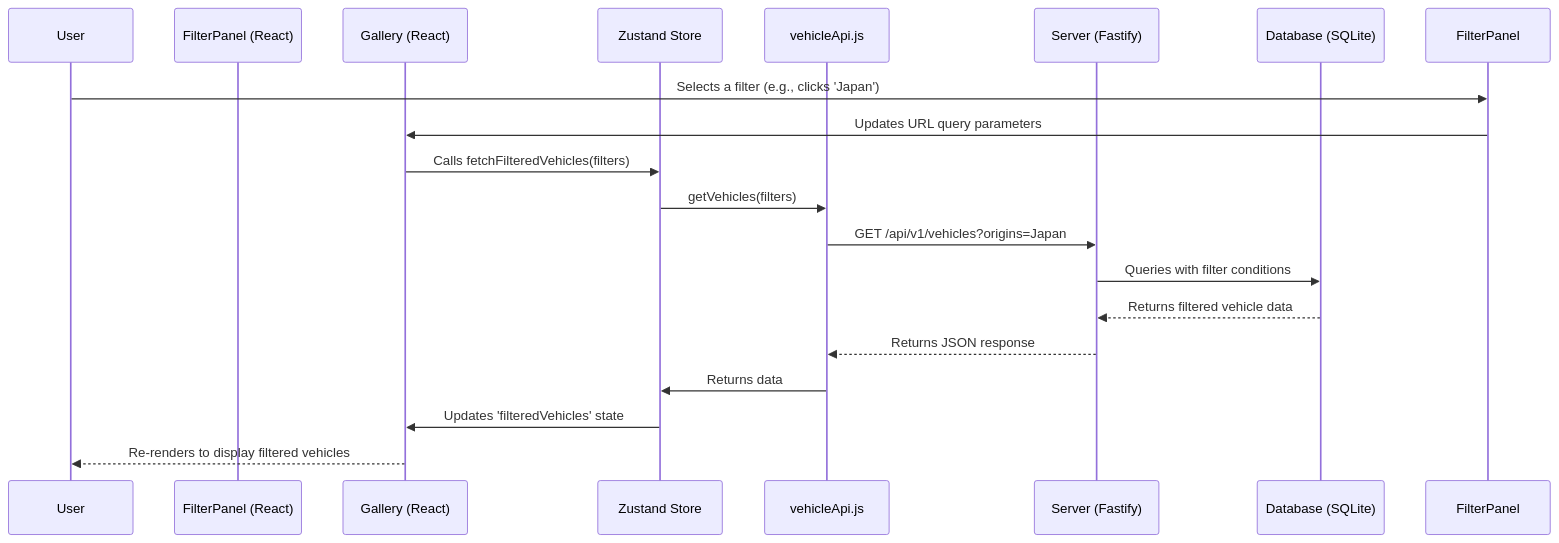
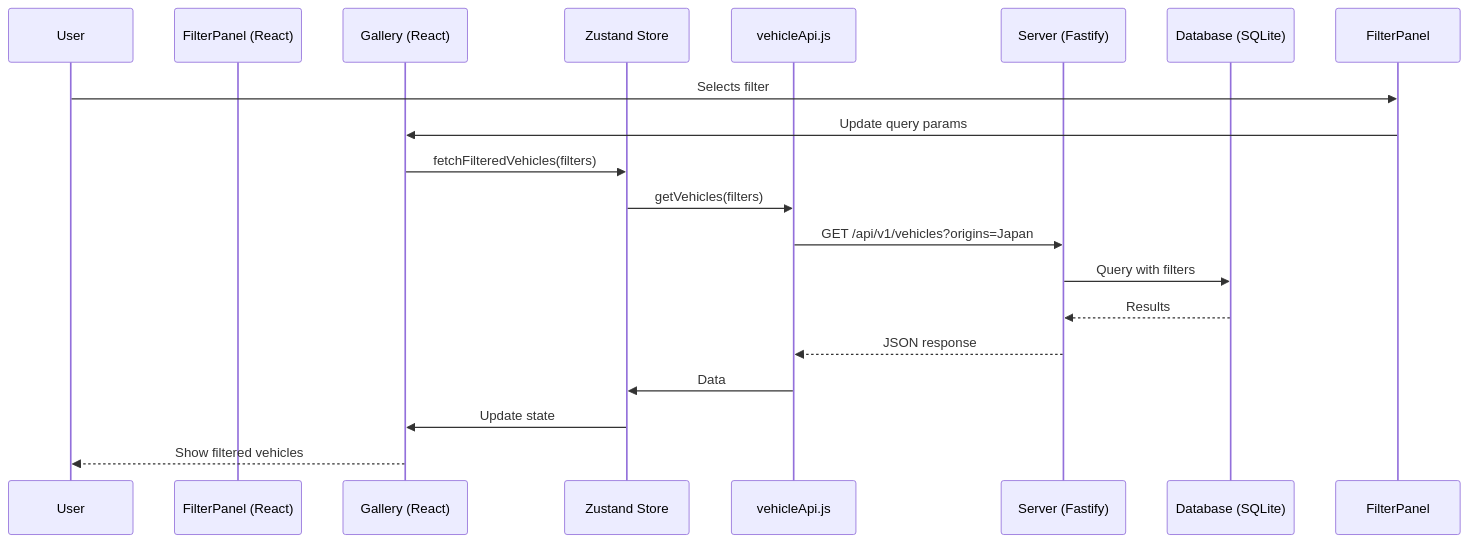
The sixth of 6 diagrams in README.md (alokkumar-projects/wex-automotive), drawn with Mermaid before and after one commit. The commit also changed other lines of this file, not shown here.

````diff
--- a/README.md
+++ b/README.md
@@ -139,22 +151,22 @@
 ```mermaid
 sequenceDiagram
     participant User
     participant FilterPanel (React)
     participant Gallery (React)
     participant Zustand Store
     participant vehicleApi.js
     participant Server (Fastify)
     participant Database (SQLite)
 
-    User->>FilterPanel: Selects a filter (e.g., clicks 'Japan')
-    FilterPanel->>Gallery (React): Updates URL query parameters
-    Gallery (React)->>Zustand Store: Calls fetchFilteredVehicles(filters)
+    User->>FilterPanel: Selects filter
+    FilterPanel->>Gallery (React): Update query params
+    Gallery (React)->>Zustand Store: fetchFilteredVehicles(filters)
     Zustand Store->>vehicleApi.js: getVehicles(filters)
     vehicleApi.js->>Server (Fastify): GET /api/v1/vehicles?origins=Japan
-    Server (Fastify)->>Database (SQLite): Queries with filter conditions
-    Database (SQLite)-->>Server (Fastify): Returns filtered vehicle data
-    Server (Fastify)-->>vehicleApi.js: Returns JSON response
-    vehicleApi.js->>Zustand Store: Returns data
-    Zustand Store->>Gallery (React): Updates 'filteredVehicles' state
-    Gallery (React)-->>User: Re-renders to display filtered vehicles
+    Server (Fastify)->>Database (SQLite): Query with filters
+    Database (SQLite)-->>Server (Fastify): Results
+    Server (Fastify)-->>vehicleApi.js: JSON response
+    vehicleApi.js->>Zustand Store: Data
+    Zustand Store->>Gallery (React): Update state
+    Gallery (React)-->>User: Show filtered vehicles
 ```
````
